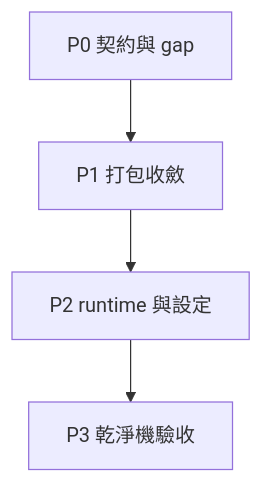
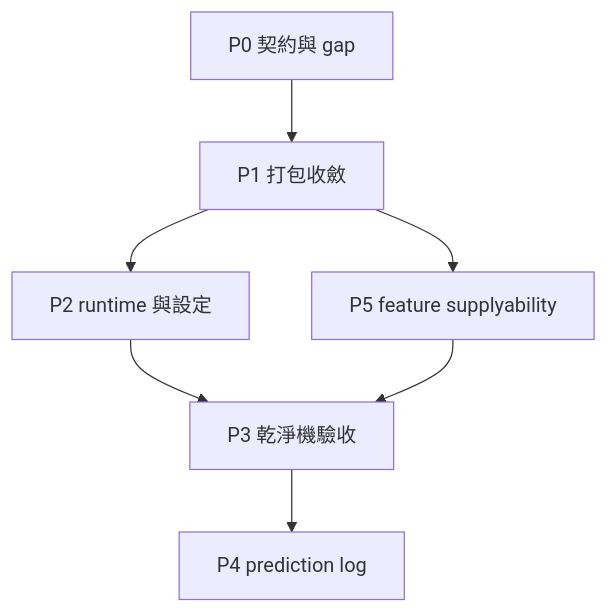
Before and after one commit to comsaint/Patron_Walkaway: the diagram in trainer_hightier/doc/Packaging - WORKING_PLAN.md, drawn with Mermaid. The commit also changed other lines of this file and 24 other files, not shown here.

First line of the commit message:
feat: implement dynamic schema gate and feature supplyability checks

````diff
--- a/trainer_hightier/doc/Packaging - WORKING_PLAN.md
+++ b/trainer_hightier/doc/Packaging - WORKING_PLAN.md
@@ -79,10 +104,15 @@
 ```mermaid
 flowchart TD
   P0[P0 契約與 gap]
   P1[P1 打包收斂]
   P2[P2 runtime 與設定]
   P3[P3 乾淨機驗收]
+  P4[P4 prediction log]
+  P5[P5 feature supplyability]
   P0 --> P1
   P1 --> P2
   P2 --> P3
+  P3 --> P4
+  P1 --> P5
+  P5 --> P3
 ```
````
